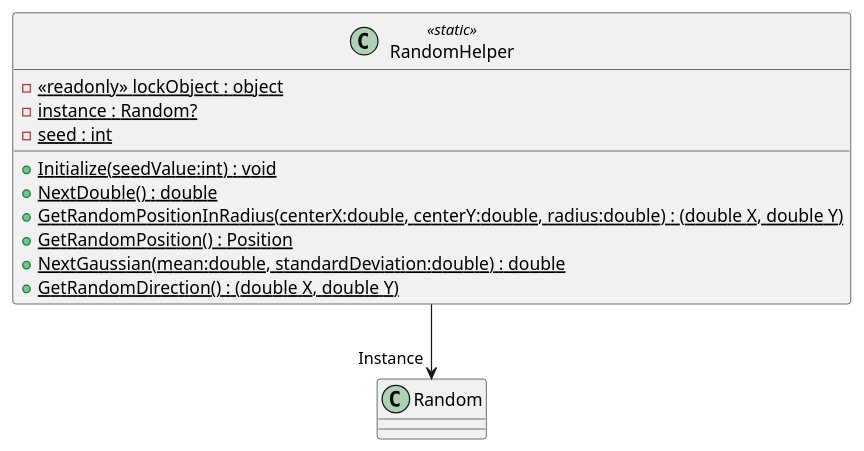
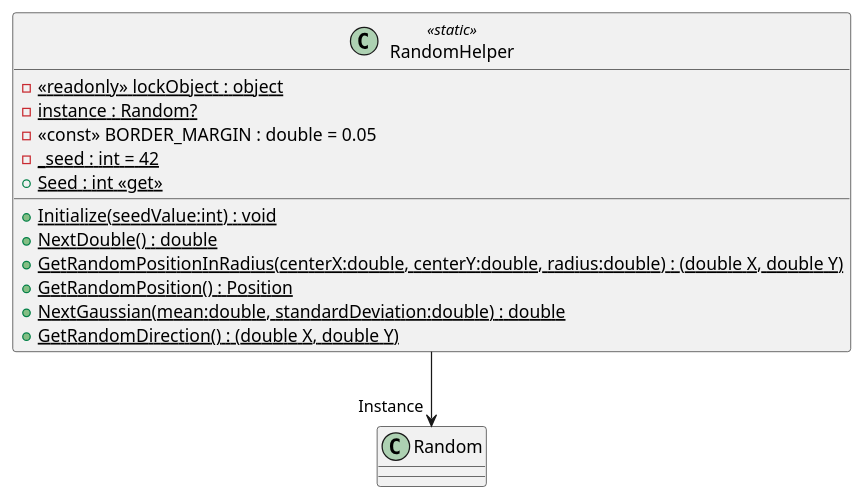
One commit to I42I/ecosystem changed the diagram in plantuml/Helpers/RandomHelper.puml. Above: the diagram before and after it, drawn with PlantUML. The commit also changed 65 other files, not shown here.

```diff
--- a/plantuml/Helpers/RandomHelper.puml
+++ b/plantuml/Helpers/RandomHelper.puml
@@ -1,14 +1,16 @@
 @startuml
 class RandomHelper <<static>> {
     - {static} <<readonly>> lockObject : object
     - {static} instance : Random?
-    - {static} seed : int
+    - <<const>> BORDER_MARGIN : double = 0.05
+    - {static} _seed : int = 42
+    + {static} Seed : int <<get>>
     + {static} Initialize(seedValue:int) : void
     + {static} NextDouble() : double
     + {static} GetRandomPositionInRadius(centerX:double, centerY:double, radius:double) : (double X, double Y)
     + {static} GetRandomPosition() : Position
     + {static} NextGaussian(mean:double, standardDeviation:double) : double
     + {static} GetRandomDirection() : (double X, double Y)
 }
 RandomHelper --> "Instance" Random
 @enduml
```
